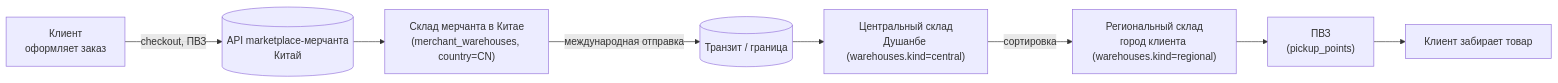
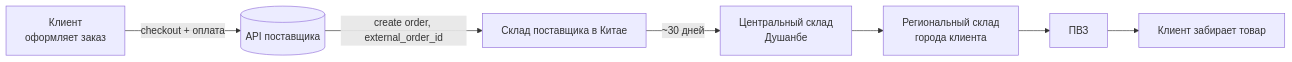
Before and after one commit to secure-deal/.github: the third of 5 diagrams in plans/marketplace/marketplace-merchants-and-warehouse-network.md, drawn with Mermaid. The commit also changed other lines of this file, not shown here.

Commit message:
fix: flow fix

````diff
--- a/plans/marketplace/marketplace-merchants-and-warehouse-network.md
+++ b/plans/marketplace/marketplace-merchants-and-warehouse-network.md
@@ -177,19 +146,17 @@
 ```mermaid
 flowchart LR
   Client[Клиент<br/>оформляет заказ]
-  MarketplaceAPI[(API marketplace-мерчанта<br/>Китай)]
-  CN["Склад мерчанта в Китае<br/>(merchant_warehouses, country=CN)"]
-  Border[(Транзит / граница)]
-  Central["Центральный склад<br/>Душанбе (warehouses.kind=central)"]
-  Regional["Региональный склад<br/>город клиента (warehouses.kind=regional)"]
-  PVZ["ПВЗ<br/>(pickup_points)"]
+  SupplierAPI[(API поставщика)]
+  CN[Склад поставщика в Китае]
+  Central[Центральный склад<br/>Душанбе]
+  Regional[Региональный склад<br/>города клиента]
+  PVZ[ПВЗ]
   Pickup[Клиент забирает товар]
 
-  Client -->|checkout, ПВЗ| MarketplaceAPI
-  MarketplaceAPI --> CN
-  CN -->|международная отправка| Border
-  Border --> Central
-  Central -->|сортировка| Regional
+  Client -->|checkout + оплата| SupplierAPI
+  SupplierAPI -->|create order, external_order_id| CN
+  CN -->|~30 дней| Central
+  Central --> Regional
   Regional --> PVZ
   PVZ --> Pickup
 ```
````
